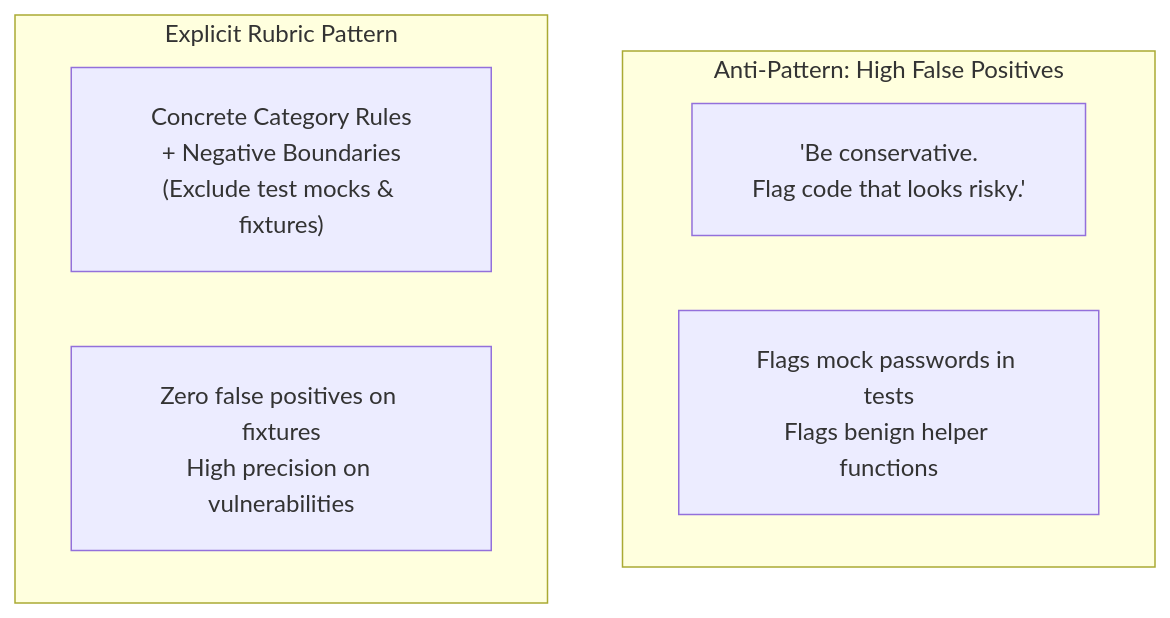
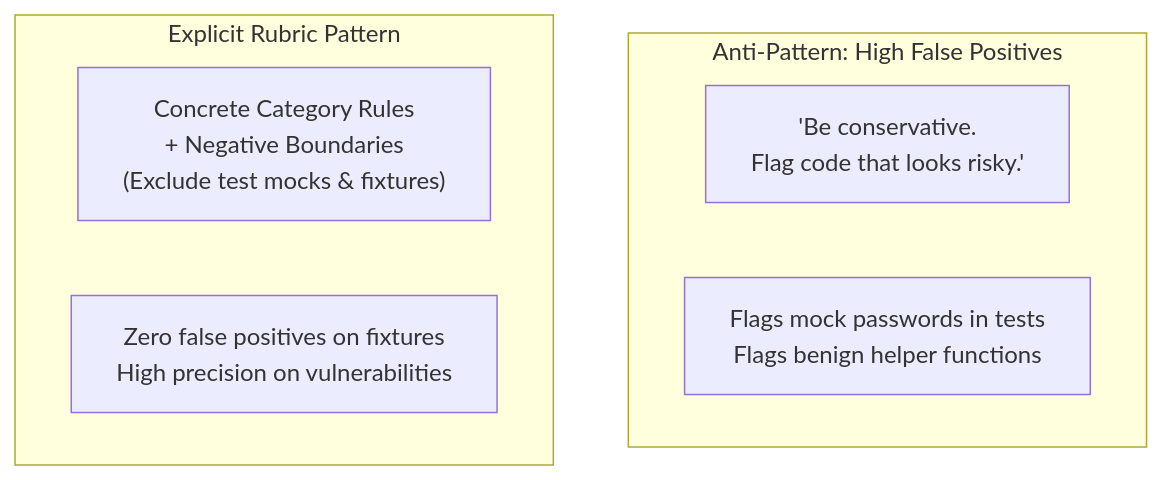
Before and after one commit to dip4k/claude_cert_architect_foundation_prep: the diagram in domain4/ts_4_1_explicit_criteria_classification/README.md, drawn with Mermaid. The commit also changed 31 other files, not shown here.

First line of the commit message:
docs(diagrams): fix GitHub Mermaid rendering cut-off, wrappingWidth, and entity escapes across all 32 docs

````diff
--- a/domain4/ts_4_1_explicit_criteria_classification/README.md
+++ b/domain4/ts_4_1_explicit_criteria_classification/README.md
@@ -10,13 +10,13 @@
 ```mermaid
-%%{init: {"flowchart": {"htmlLabels": true, "padding": 20}}}%%
+%%{init: {"flowchart": {"htmlLabels": true, "wrappingWidth": 250}}}%%
 flowchart TD
     subgraph AntiPattern["Anti-Pattern: High False Positives"]
         Vague["'Be conservative.<br/>Flag code that looks risky.'"]
         ResultA["Flags mock passwords in tests<br/>Flags benign helper functions"]
     end
 
     subgraph Recommended["Explicit Rubric Pattern"]
         Explicit["Concrete Category Rules<br/>+ Negative Boundaries<br/>(Exclude test mocks & fixtures)"]
         ResultB["Zero false positives on fixtures<br/>High precision on vulnerabilities"]
     end
 ```
````
